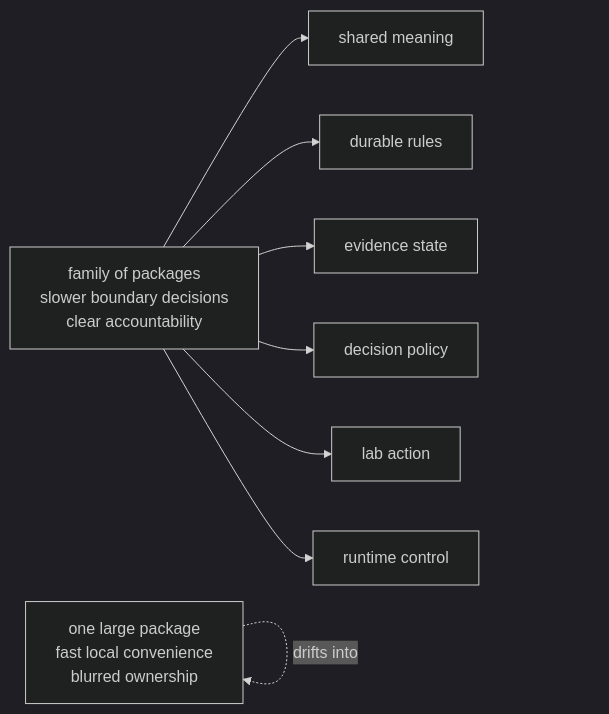
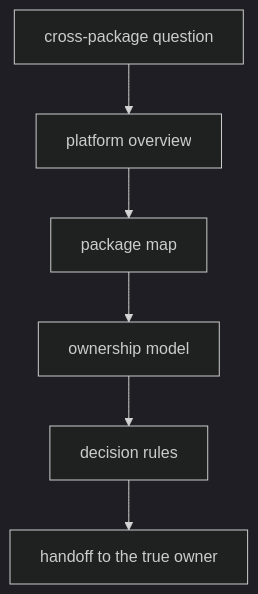
The diagram in docs/01-bijux-proteomics/foundation/index.md (bijux/bijux-proteomics), drawn with Mermaid (dark theme) before and after one commit. The commit also changed other lines of this file, not shown here.

Commit message:
docs(foundation): show repository foundation routing model

````diff
--- a/docs/01-bijux-proteomics/foundation/index.md
+++ b/docs/01-bijux-proteomics/foundation/index.md
@@ -21,19 +21,15 @@
 ```mermaid
-flowchart LR
-    monolith["one large package<br/>fast local convenience<br/>blurred ownership"]
-    discipline["family of packages<br/>slower boundary decisions<br/>clear accountability"]
-    meaning["shared meaning"]
-    rules["durable rules"]
-    evidence["evidence state"]
-    judgment["decision policy"]
-    assay["lab action"]
-    execution["runtime control"]
+flowchart TB
+    question["cross-package question"]
+    platform["platform overview"]
+    package["package map"]
+    ownership["ownership model"]
+    rules["decision rules"]
+    handoff["handoff to the true owner"]
 
-    monolith -. drifts into .-> monolith
-    discipline --> meaning
-    discipline --> rules
-    discipline --> evidence
-    discipline --> judgment
-    discipline --> assay
-    discipline --> execution
+    question --> platform
+    platform --> package
+    package --> ownership
+    ownership --> rules
+    rules --> handoff
 ```
````
